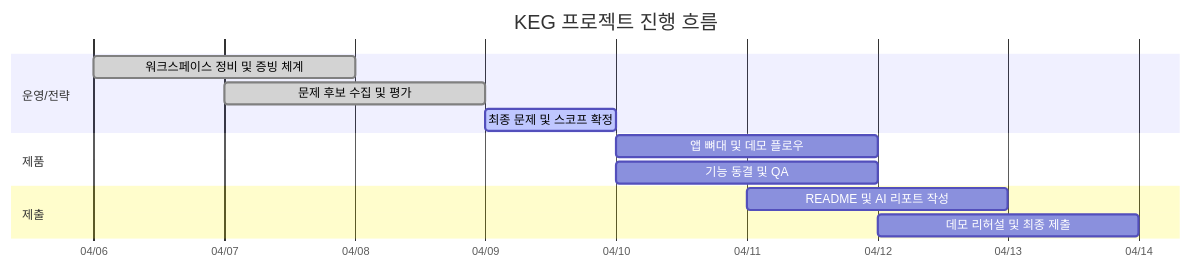
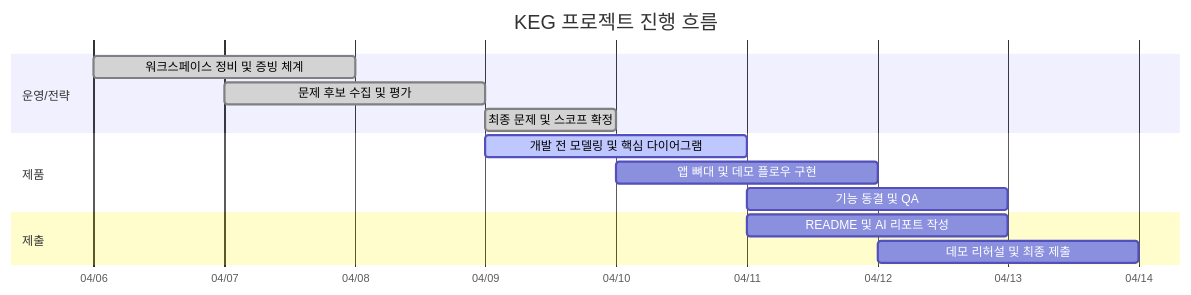
One commit to River-181/KEG-Mangsanggwedo changed the diagram in _system/dashboard/project-dashboard.md. Above: the diagram before and after it, drawn with Mermaid. The commit also changed other lines of this file and 82 other files, not shown here.

````diff
--- a/_system/dashboard/project-dashboard.md
+++ b/_system/dashboard/project-dashboard.md
@@ -25,16 +34,17 @@
 ```mermaid
 gantt
     title KEG 프로젝트 진행 흐름
     dateFormat  YYYY-MM-DD
     axisFormat  %m/%d
     section 운영/전략
     워크스페이스 정비 및 증빙 체계 :done, a1, 2026-04-06, 2d
     문제 후보 수집 및 평가 :done, a2, 2026-04-07, 2d
-    최종 문제 및 스코프 확정 :active, a3, 2026-04-09, 1d
+    최종 문제 및 스코프 확정 :done, a3, 2026-04-09, 1d
     section 제품
-    앱 뼈대 및 데모 플로우 :a4, 2026-04-10, 2d
-    기능 동결 및 QA :a5, 2026-04-10, 2d
+    개발 전 모델링 및 핵심 다이어그램 :active, a4, 2026-04-09, 2d
+    앱 뼈대 및 데모 플로우 구현 :a5, 2026-04-10, 2d
+    기능 동결 및 QA :a6, 2026-04-11, 2d
     section 제출
-    README 및 AI 리포트 작성 :a6, 2026-04-11, 2d
-    데모 리허설 및 최종 제출 :a7, 2026-04-12, 2d
+    README 및 AI 리포트 작성 :a7, 2026-04-11, 2d
+    데모 리허설 및 최종 제출 :a8, 2026-04-12, 2d
 ```
````
